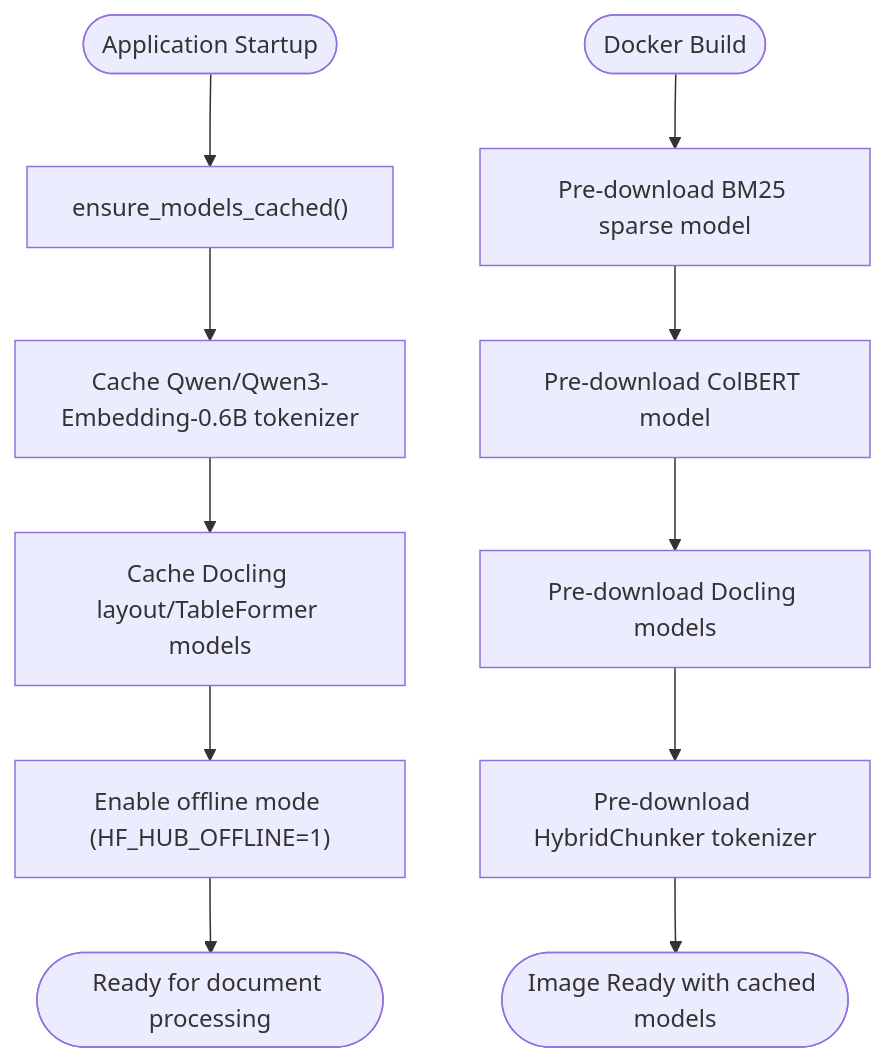
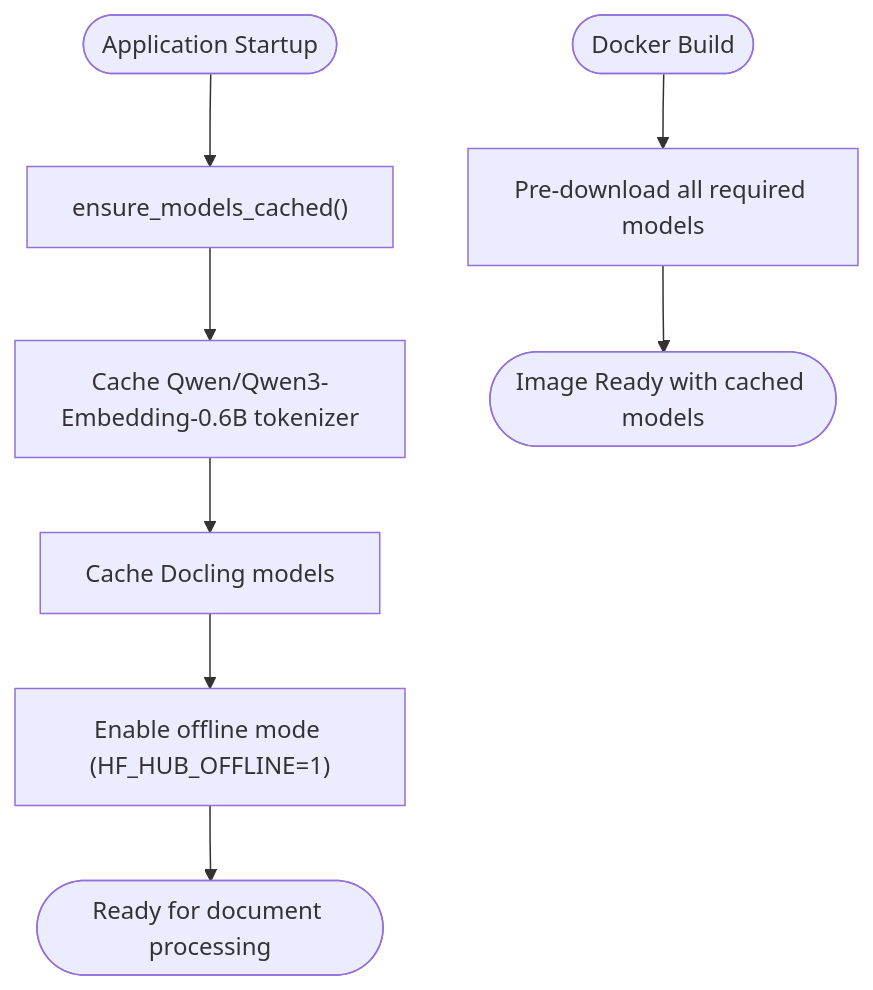
One commit to ognelis/cafetera_hr_bot changed the ninth of 10 diagrams in .qoder/repowiki/en/content/VK Integration/Admin Package Integration.md. Above: the diagram before and after it, drawn with Mermaid. The commit also changed other lines of this file and 69 other files, not shown here.

````diff
--- a/.qoder/repowiki/en/content/VK Integration/Admin Package Integration.md
+++ b/.qoder/repowiki/en/content/VK Integration/Admin Package Integration.md
@@ -352,13 +403,10 @@
 ```mermaid
 flowchart TD
 Startup([Application Startup]) --> Ensure["ensure_models_cached()"]
 Ensure --> CacheTokenizer["Cache Qwen/Qwen3-Embedding-0.6B tokenizer"]
-CacheTokenizer --> CacheDocling["Cache Docling layout/TableFormer models"]
+CacheTokenizer --> CacheDocling["Cache Docling models"]
 CacheDocling --> EnableOffline["Enable offline mode (HF_HUB_OFFLINE=1)"]
 EnableOffline --> Ready([Ready for document processing])
-Build([Docker Build]) --> PreDownloadBM25["Pre-download BM25 sparse model"]
-PreDownloadBM25 --> PreDownloadColBERT["Pre-download ColBERT model"]
-PreDownloadColBERT --> PreDownloadDocling["Pre-download Docling models"]
-PreDownloadDocling --> PreDownloadTokenizer["Pre-download HybridChunker tokenizer"]
-PreDownloadTokenizer --> ImageReady([Image Ready with cached models])
+Build([Docker Build]) --> PreDownloadModels["Pre-download all required models"]
+PreDownloadModels --> ImageReady([Image Ready with cached models])
 ```
````
